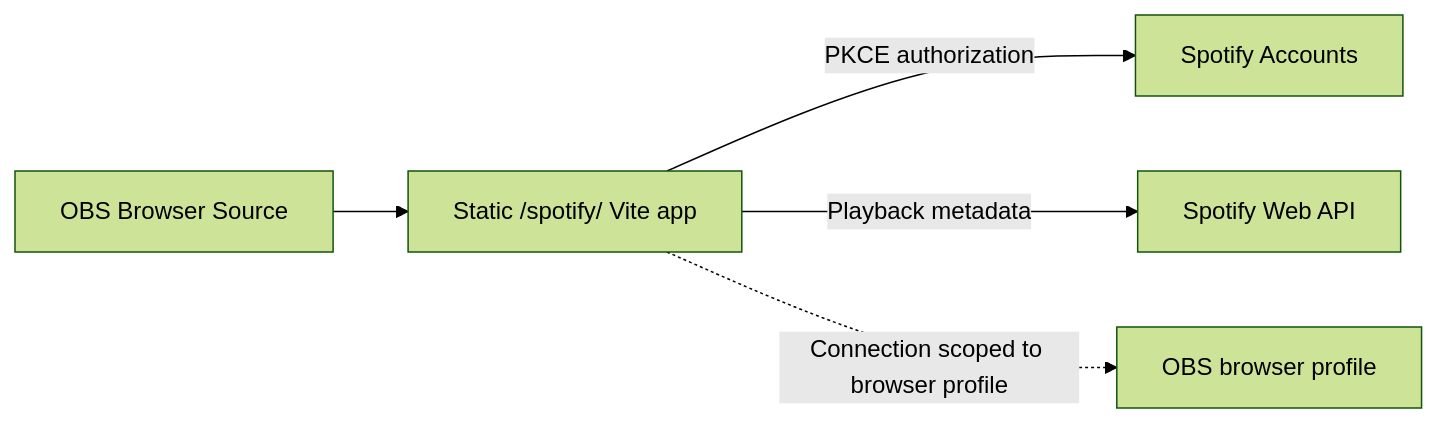
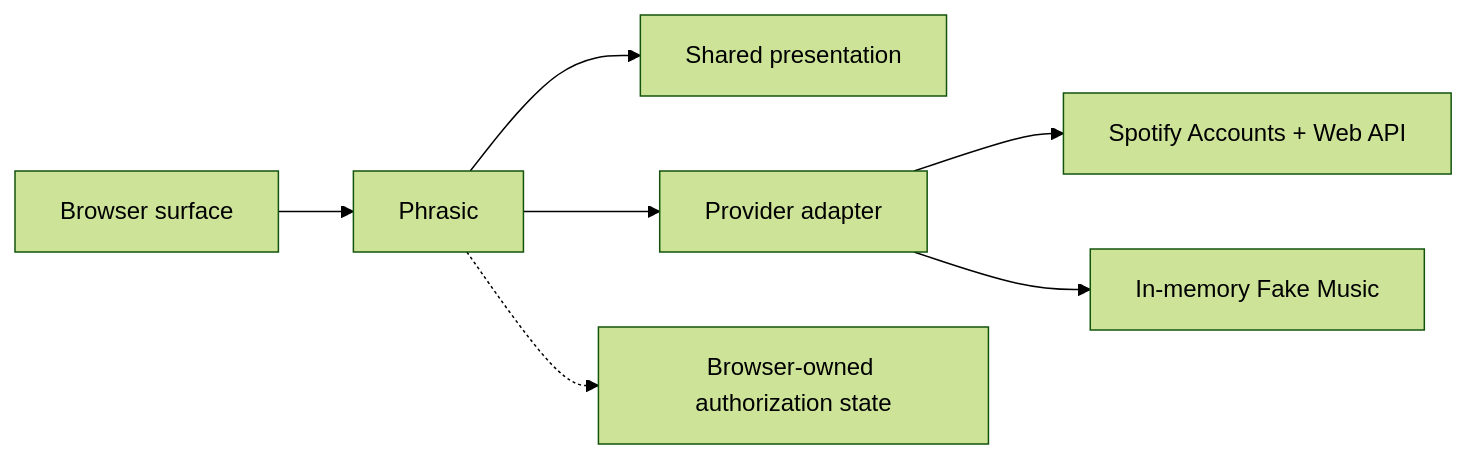
The diagram in README.md (alsi-lawr/phrasic), drawn with Mermaid (forest theme) before and after one commit. The commit also changed other lines of this file and 15 other files, not shown here.

````diff
--- a/README.md
+++ b/README.md
@@ -48,7 +61,9 @@
 ```mermaid
 flowchart LR
-    OBS["OBS Browser Source"] --> SPA["Static /spotify/ Vite app"]
-    SPA -->|"PKCE authorization"| Accounts["Spotify Accounts"]
-    SPA -->|"Playback metadata"| API["Spotify Web API"]
-    SPA -.->|"Connection scoped to browser profile"| Profile["OBS browser profile"]
+    Surface["Browser surface"] --> App["Phrasic"]
+    App --> Presentation["Shared presentation"]
+    App --> Provider["Provider adapter"]
+    Provider --> Spotify["Spotify Accounts + Web API"]
+    Provider --> Fake["In-memory Fake Music"]
+    App -.-> Profile["Browser-owned authorization state"]
 ```
````
